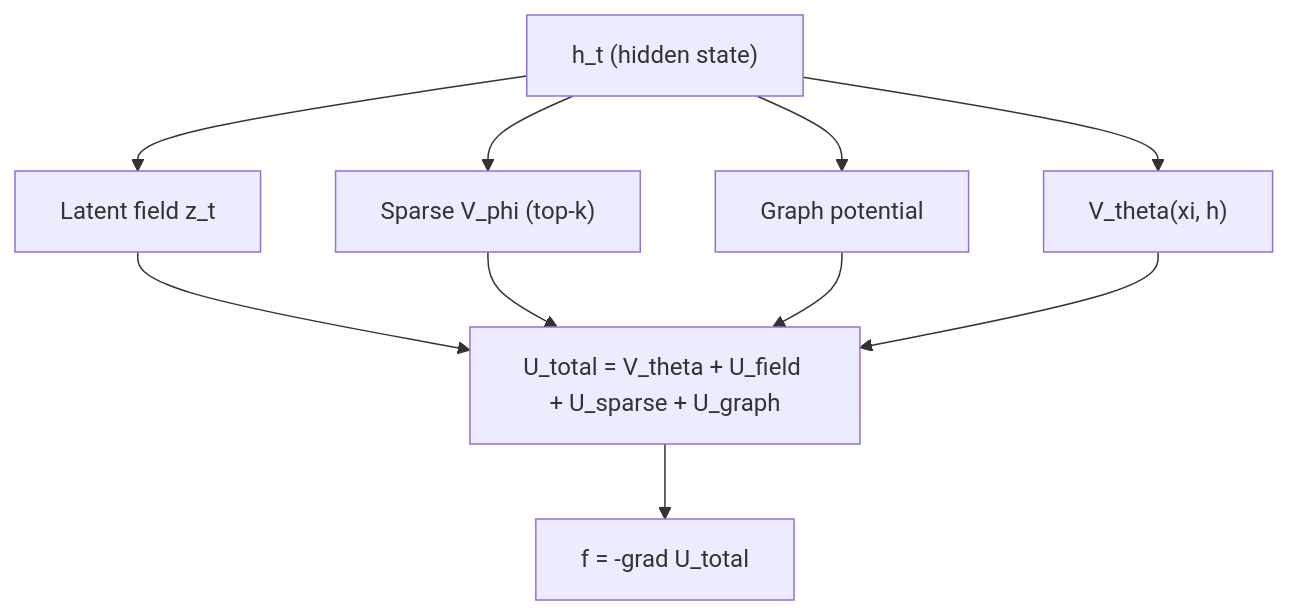
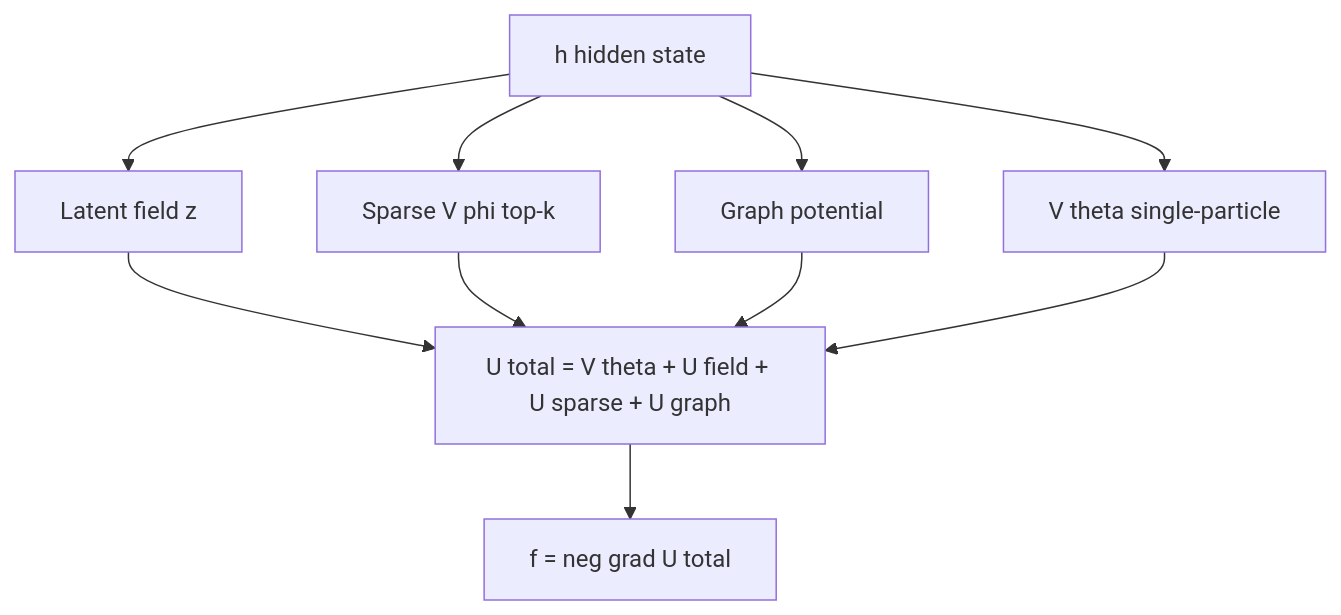
The fourth of 5 diagrams in companion_notes/Context_Mixing_Mechanisms_in_the_Conservative_Framework.md (dimitarpg13/semsimula-paper), drawn with Mermaid before and after one commit. The commit also changed other lines of this file, not shown here.

````diff
--- a/companion_notes/Context_Mixing_Mechanisms_in_the_Conservative_Framework.md
+++ b/companion_notes/Context_Mixing_Mechanisms_in_the_Conservative_Framework.md
@@ -875,20 +875,20 @@
 ```mermaid
 flowchart TB
-    H["h_t (hidden state)"]
-    FIELD["Latent field z_t"]
-    SPARSE["Sparse V_phi (top-k)"]
+    H["h hidden state"]
+    FIELD["Latent field z"]
+    SPARSE["Sparse V phi top-k"]
     GRAPH["Graph potential"]
-    VT["V_theta(xi, h)"]
-    UTOT["U_total = V_theta + U_field + U_sparse + U_graph"]
-    FRC["f = -grad U_total"]
+    VT["V theta single-particle"]
+    UTOT["U total = V theta + U field + U sparse + U graph"]
+    FRC["f = neg grad U total"]
 
     H --> FIELD
     H --> SPARSE
     H --> GRAPH
     H --> VT
     FIELD --> UTOT
     SPARSE --> UTOT
     GRAPH --> UTOT
     VT --> UTOT
     UTOT --> FRC
 ```
````
